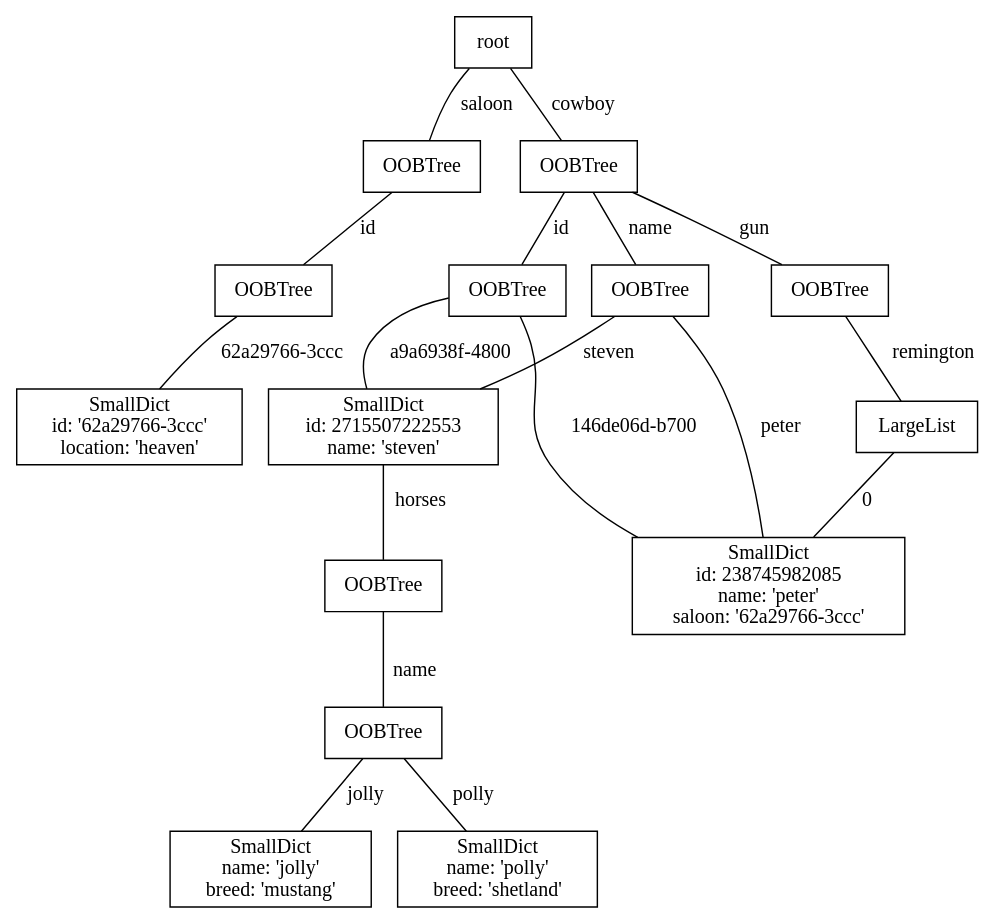
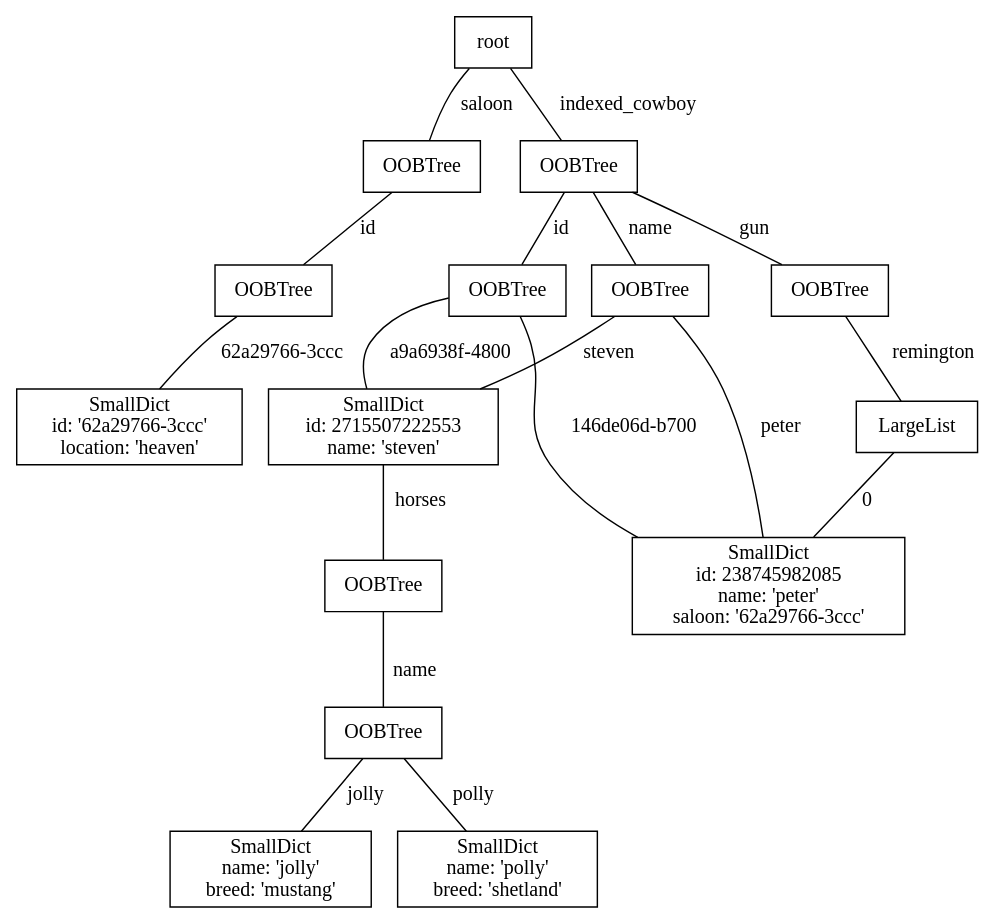
Before and after one commit to yaal-coop/sheraf: the fifth of 5 diagrams in doc/source/tutorial/databasetree.rst, drawn with Graphviz.

Commit message:
The name in the last graph fits to table name 'Indexed_cowboy' in last source code example.

```diff
--- a/doc/source/tutorial/databasetree.rst
+++ b/doc/source/tutorial/databasetree.rst
@@ -301,73 +301,73 @@
 .. graphviz::
    :align: center
 
     digraph cowboy {
         node [
             shape="box"
         ];
         edge [
             arrowhead="none"
         ];
 
         "root" [label="root"];
         "table_saloon" [label="OOBTree"];
         "table_cowboy" [label="OOBTree"];
         "root" -> "table_saloon" [label=" saloon"];
-        "root" -> "table_cowboy" [label=" cowboy"];
+        "root" -> "table_cowboy" [label=" indexed_cowboy"];
 
         subgraph cowboy {
             "cowboy_index_id" [label="OOBTree"];
             "cowboy_index_name" [label="OOBTree"];
             "cowboy_index_gun" [label="OOBTree"];
 
             "cowboy_index_gun_list" [label="LargeList"];
 
             "table_cowboy" -> "cowboy_index_id" [label=" id"];
             "table_cowboy" -> "cowboy_index_name" [label=" name"];
             "table_cowboy" -> "cowboy_index_gun" [label=" gun"];
 
             subgraph peter {
                 "persistent_peter" [label="SmallDict
     id: 238745982085
     name: 'peter'
     saloon: '62a29766-3ccc'"];
 
                 "cowboy_index_id" -> "persistent_peter" [label=" 146de06d-b700"];
                 "cowboy_index_name" -> "persistent_peter" [label=" peter"];
                 "cowboy_index_gun" -> "cowboy_index_gun_list" [label=" remington"];
                 "cowboy_index_gun_list" -> "persistent_peter" [label=" 0"];
             }
 
             subgraph steven {
                 "persistent_steven" [label="SmallDict
     id: 2715507222553
     name: 'steven'"];
                 "persistent_horses" [label="OOBTree"];
                 "horse_name_index" [label="OOBTree"];
                 "jollymapping" [label="SmallDict
     name: 'jolly'
     breed: 'mustang'"];
                 "pollymapping" [label="SmallDict
     name: 'polly'
     breed: 'shetland'"];
 
                 "cowboy_index_id" -> "persistent_steven" [label=" a9a6938f-4800"];
                 "cowboy_index_name" -> "persistent_steven" [label=" steven"];
 
                 "persistent_steven" -> "persistent_horses" [label=" horses"];
                 "persistent_horses" -> "horse_name_index" [label=" name"];
                 "horse_name_index" -> "jollymapping" [label=" jolly"];
                 "horse_name_index" -> "pollymapping" [label=" polly"];
             }
         }
 
         subgraph saloon {
             "saloon_index_id" [label="OOBTree"];
             "saloonmapping" [label="SmallDict
     id: '62a29766-3ccc'
     location: 'heaven'"];
 
             "table_saloon" -> "saloon_index_id" [label="id"];
             "saloon_index_id" -> "saloonmapping" [label="62a29766-3ccc"];
          }
      }
```
